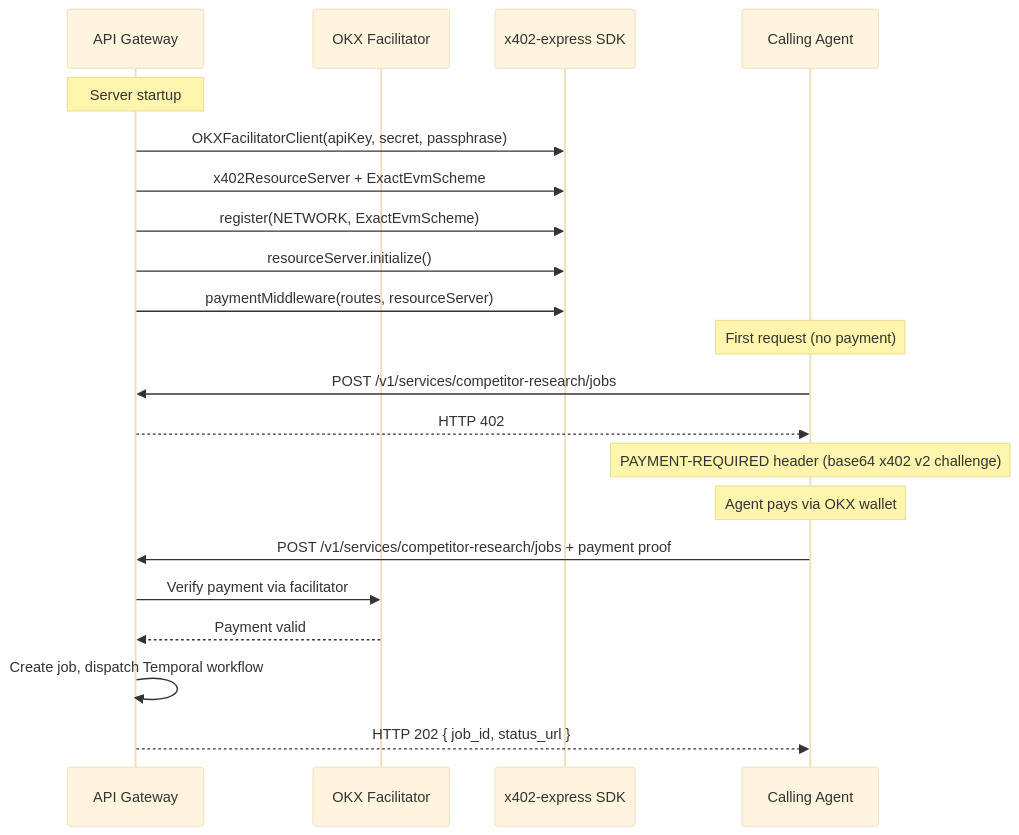
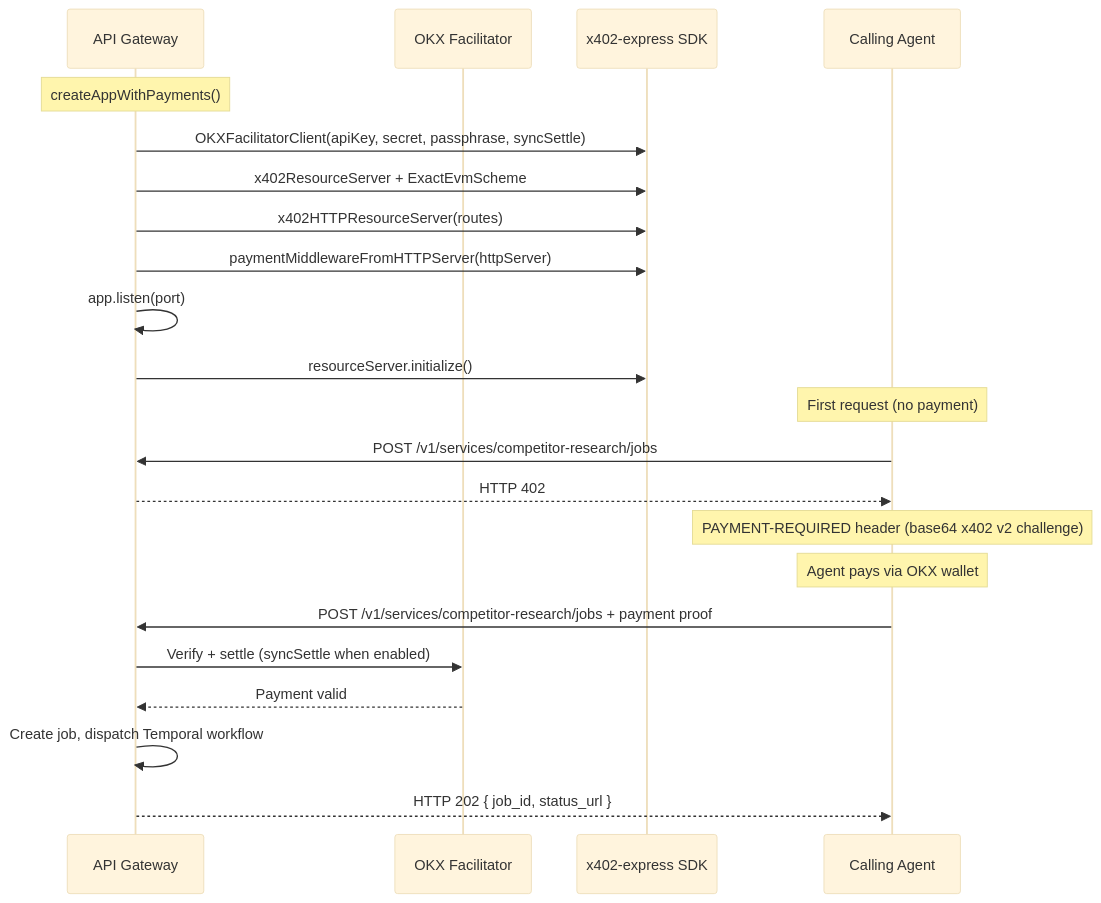
One commit to SamFelix03/FounderForge changed the first of 15 diagrams in README.md. Above: the diagram before and after it, drawn with Mermaid (base theme). The commit also changed other lines of this file, not shown here.

````diff
--- a/README.md
+++ b/README.md
@@ -205,26 +209,27 @@
 ```mermaid
 sequenceDiagram
     participant GW as API Gateway
     participant OKX as OKX Facilitator
     participant SDK as x402-express SDK
     participant Client as Calling Agent
 
-    Note over GW: Server startup
-    GW->>SDK: OKXFacilitatorClient(apiKey, secret, passphrase)
+    Note over GW: createAppWithPayments()
+    GW->>SDK: OKXFacilitatorClient(apiKey, secret, passphrase, syncSettle)
     GW->>SDK: x402ResourceServer + ExactEvmScheme
-    GW->>SDK: register(NETWORK, ExactEvmScheme)
+    GW->>SDK: x402HTTPResourceServer(routes)
+    GW->>SDK: paymentMiddlewareFromHTTPServer(httpServer)
+    GW->>GW: app.listen(port)
     GW->>SDK: resourceServer.initialize()
-    GW->>SDK: paymentMiddleware(routes, resourceServer)
 
     Note over Client: First request (no payment)
     Client->>GW: POST /v1/services/competitor-research/jobs
     GW-->>Client: HTTP 402
     Note over Client: PAYMENT-REQUIRED header (base64 x402 v2 challenge)
 
     Note over Client: Agent pays via OKX wallet
     Client->>GW: POST /v1/services/competitor-research/jobs + payment proof
-    GW->>OKX: Verify payment via facilitator
+    GW->>OKX: Verify + settle (syncSettle when enabled)
     OKX-->>GW: Payment valid
     GW->>GW: Create job, dispatch Temporal workflow
     GW-->>Client: HTTP 202 { job_id, status_url }
 ```
````
